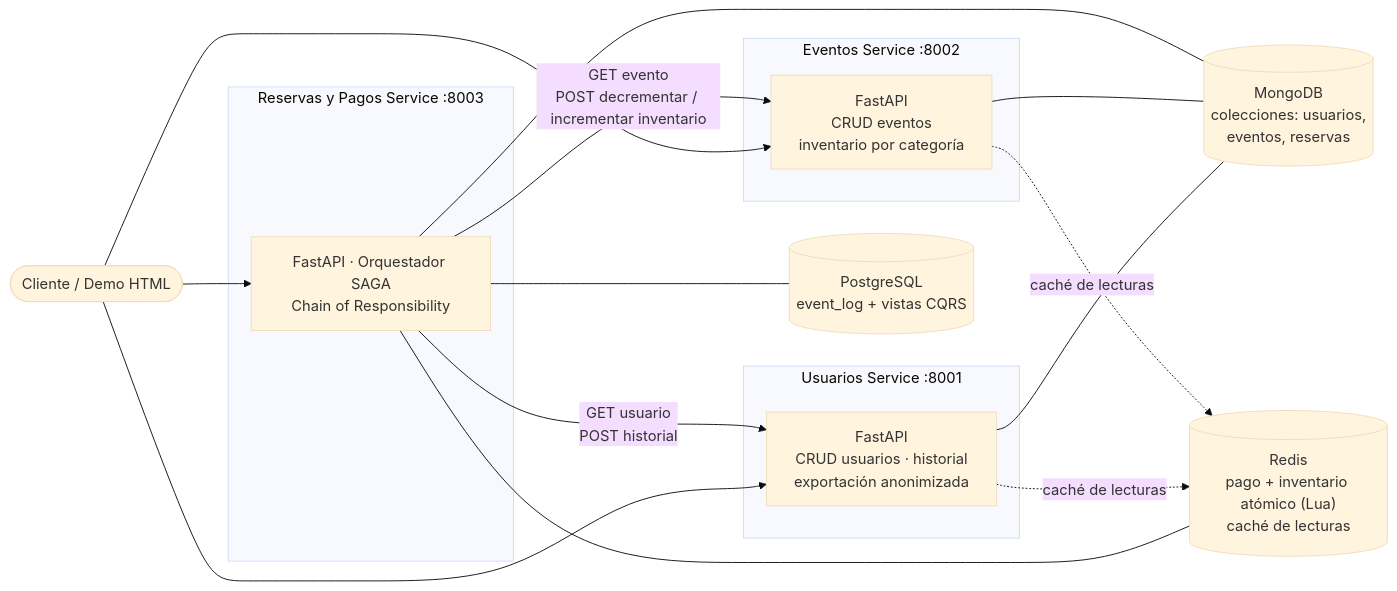
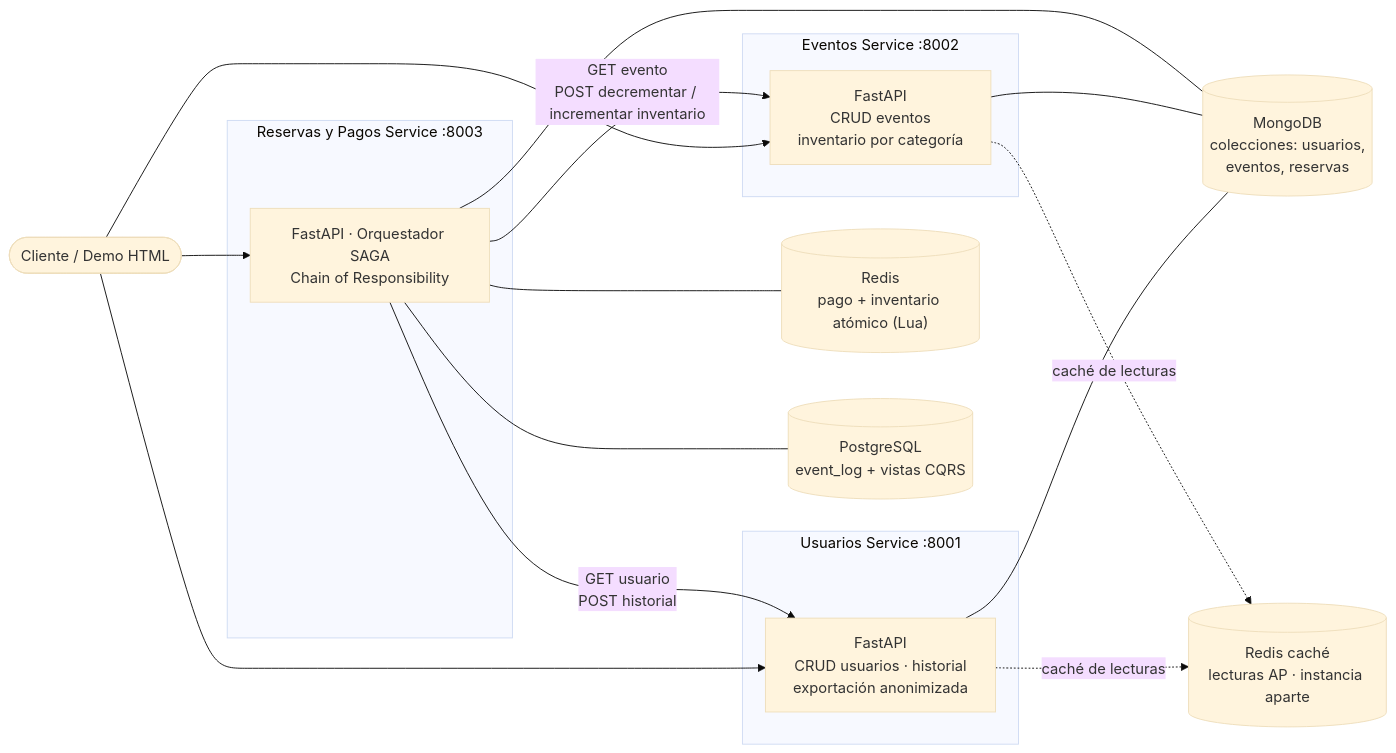
Before and after one commit to fmq203/FQ-NoSQL-2026: the first of 3 diagrams in TAREA 2/README.md, drawn with Mermaid (base theme). The commit also changed other lines of this file and 29 other files, not shown here.

First line of the commit message:
Separar Redis en dos instancias: redis (pagos) y redis-cache (lecturas)

````diff
--- a/TAREA 2/README.md
+++ b/TAREA 2/README.md
@@ -9,33 +9,34 @@
 ```mermaid
 flowchart LR
     C(["Cliente / Demo HTML"])
 
     subgraph US["Usuarios Service :8001"]
         U["FastAPI<br/>CRUD usuarios · historial<br/>exportación anonimizada"]
     end
     subgraph EV["Eventos Service :8002"]
         E["FastAPI<br/>CRUD eventos<br/>inventario por categoría"]
     end
     subgraph RS["Reservas y Pagos Service :8003"]
         R["FastAPI · Orquestador SAGA<br/>Chain of Responsibility"]
     end
 
     MG[("MongoDB<br/>colecciones: usuarios,<br/>eventos, reservas")]
-    RD[("Redis<br/>pago + inventario atómico (Lua)<br/>caché de lecturas")]
+    RD[("Redis<br/>pago + inventario atómico (Lua)")]
+    RC[("Redis caché<br/>lecturas AP · instancia aparte")]
     PG[("PostgreSQL<br/>event_log + vistas CQRS")]
 
     C --> U
     C --> E
     C --> R
 
     U --- MG
     E --- MG
     R --- MG
     R --- RD
     R --- PG
-    U -.->|"caché de lecturas"| RD
-    E -.->|"caché de lecturas"| RD
+    U -.->|"caché de lecturas"| RC
+    E -.->|"caché de lecturas"| RC
 
     R -->|"GET usuario<br/>POST historial"| U
     R -->|"GET evento<br/>POST decrementar / incrementar inventario"| E
 ```
````
